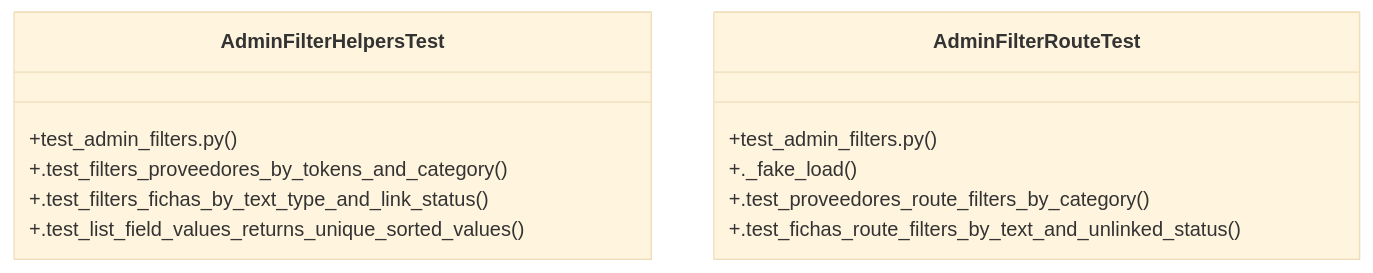
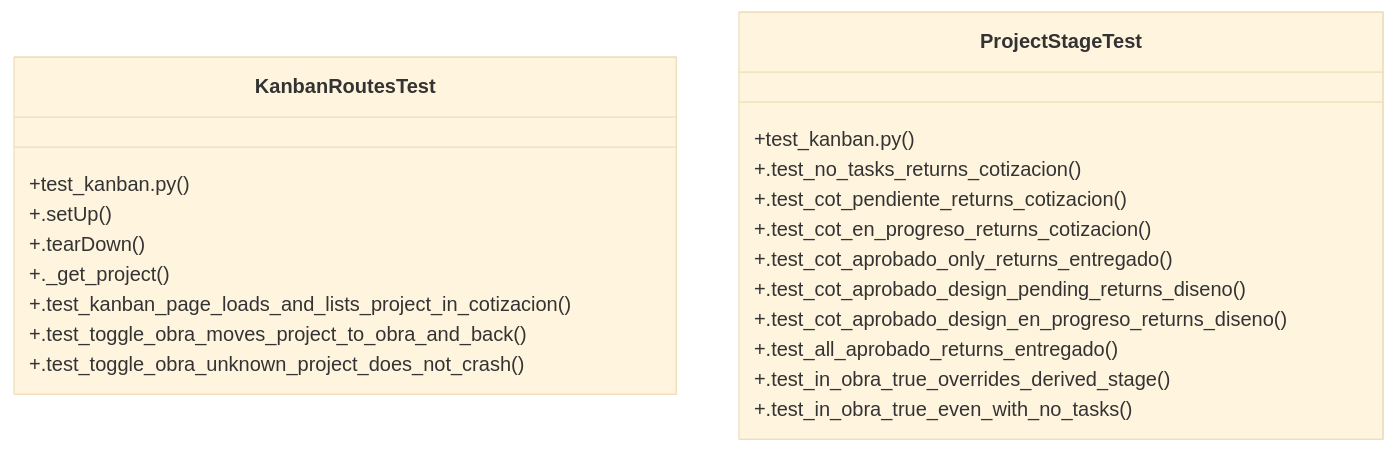
One commit to Daftrick/ProjectTracker changed the diagram in graphify-out/wiki/Community_21.md. Above: the diagram before and after it, drawn with Mermaid (base theme). The commit also changed other lines of this file and 522 other files, not shown here.

````diff
--- a/graphify-out/wiki/Community_21.md
+++ b/graphify-out/wiki/Community_21.md
@@ -33,15 +32,24 @@
 ```mermaid
 classDiagram
-    class AdminFilterHelpersTest {
-        +test_admin_filters.py()
-        +.test_filters_proveedores_by_tokens_and_category()
-        +.test_filters_fichas_by_text_type_and_link_status()
-        +.test_list_field_values_returns_unique_sorted_values()
+    class KanbanRoutesTest {
+        +test_kanban.py()
+        +.setUp()
+        +.tearDown()
+        +._get_project()
+        +.test_kanban_page_loads_and_lists_project_in_cotizacion()
+        +.test_toggle_obra_moves_project_to_obra_and_back()
+        +.test_toggle_obra_unknown_project_does_not_crash()
     }
-    class AdminFilterRouteTest {
-        +test_admin_filters.py()
-        +._fake_load()
-        +.test_proveedores_route_filters_by_category()
-        +.test_fichas_route_filters_by_text_and_unlinked_status()
+    class ProjectStageTest {
+        +test_kanban.py()
+        +.test_no_tasks_returns_cotizacion()
+        +.test_cot_pendiente_returns_cotizacion()
+        +.test_cot_en_progreso_returns_cotizacion()
+        +.test_cot_aprobado_only_returns_entregado()
+        +.test_cot_aprobado_design_pending_returns_diseno()
+        +.test_cot_aprobado_design_en_progreso_returns_diseno()
+        +.test_all_aprobado_returns_entregado()
+        +.test_in_obra_true_overrides_derived_stage()
+        +.test_in_obra_true_even_with_no_tasks()
     }
 ```
````
